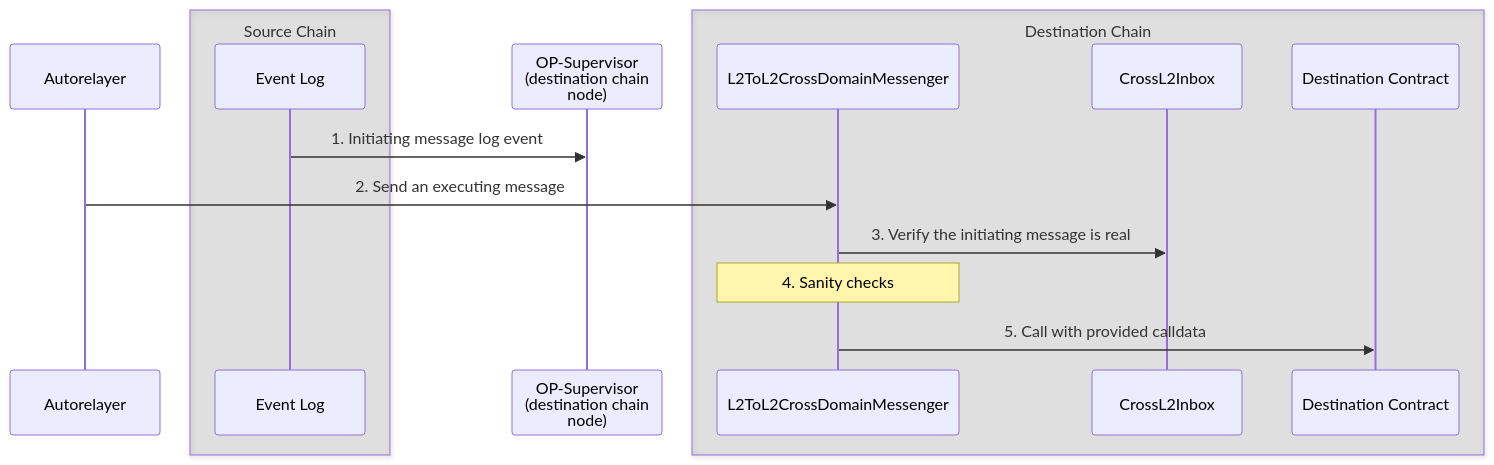
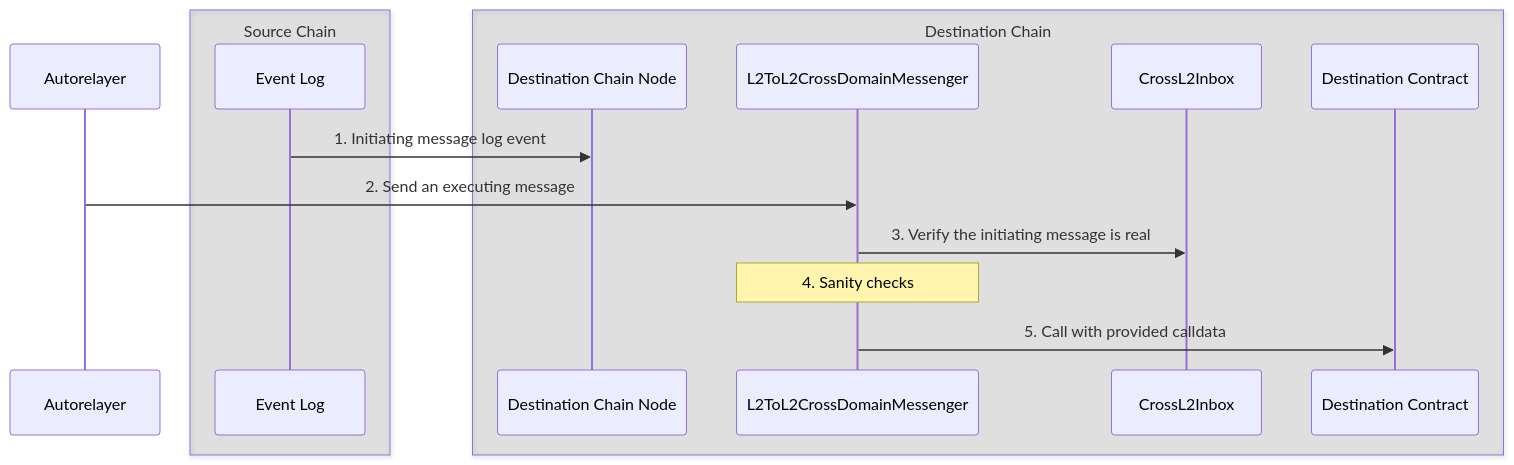
Before and after one commit to hemilabs/optimism: the second of 2 diagrams in docs/public-docs/app-developers/guides/interoperability/message-passing.mdx, drawn with Mermaid. The commit also changed other lines of this file and 7 other files, not shown here.

````diff
--- a/docs/public-docs/app-developers/guides/interoperability/message-passing.mdx
+++ b/docs/public-docs/app-developers/guides/interoperability/message-passing.mdx
@@ -61,19 +61,19 @@
 ```mermaid
 
 sequenceDiagram
     participant app as Autorelayer
     box rgba(0,0,0,0.1) Source Chain
       participant log as Event Log
-    end    
-    participant super as OP-Supervisor<br/>(destination chain<br/>node)
+    end
     box rgba(0,0,0,0.1) Destination Chain
+      participant dstNode as Destination Chain Node
       participant dstXdom as L2ToL2CrossDomainMessenger
       participant Xinbox as CrossL2Inbox
       participant dstContract as Destination Contract
     end
-    log->>super: 1. Initiating message log event
+    log->>dstNode: 1. Initiating message log event
     app->>dstXdom: 2. Send an executing message
     dstXdom->>Xinbox: 3. Verify the initiating message is real 
     note over dstXdom: 4. Sanity checks
     dstXdom->>dstContract: 5. Call with provided calldata
 ```
````
